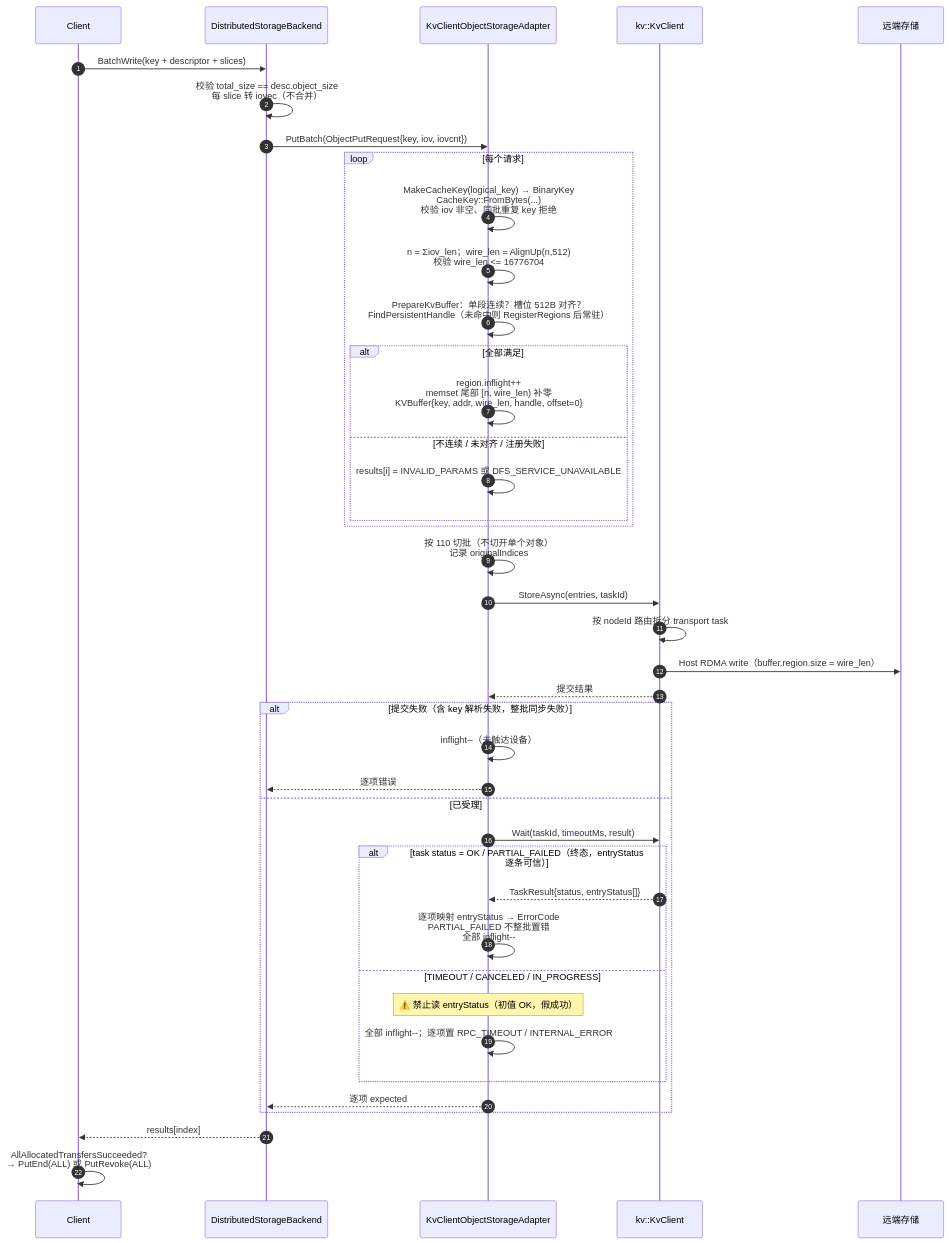
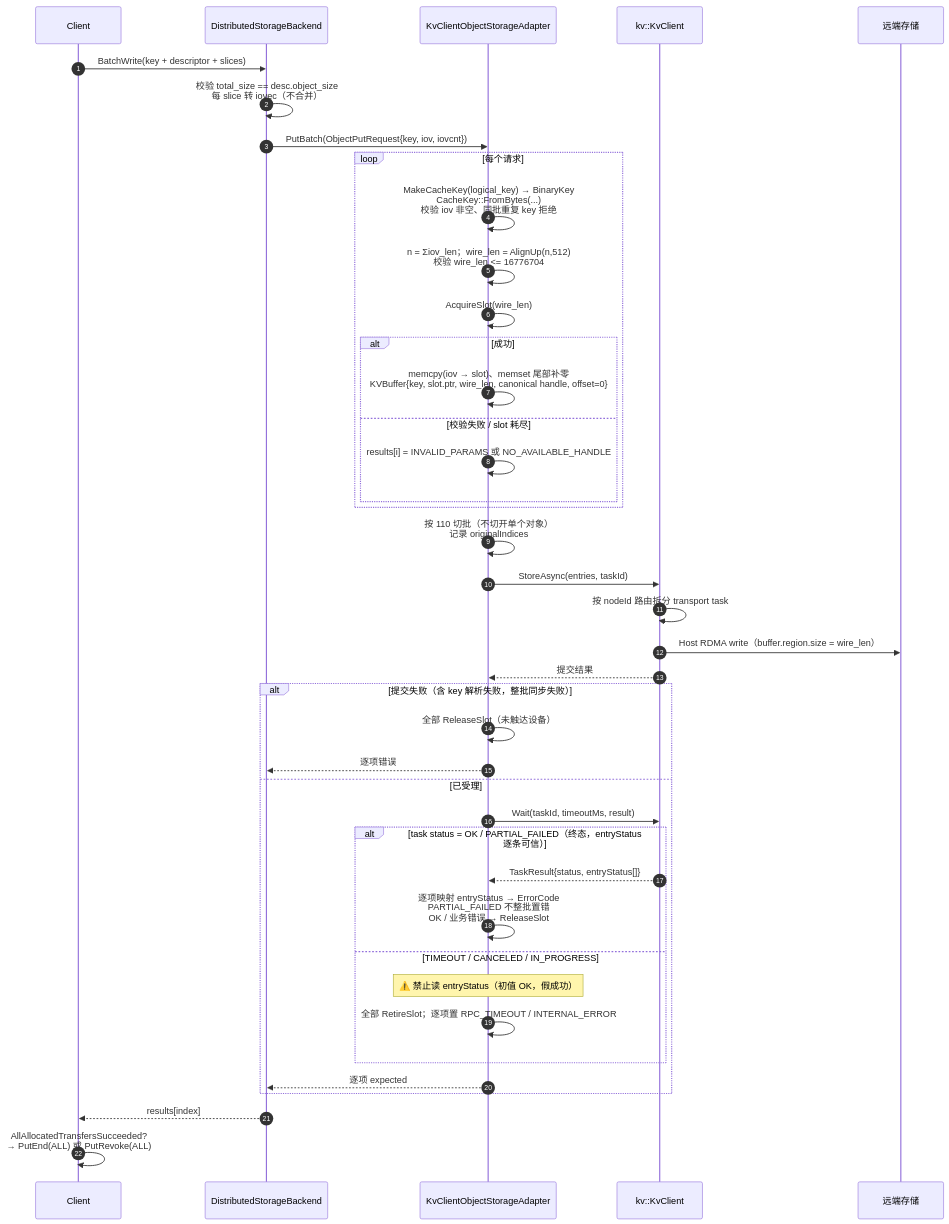
The ninth of 13 diagrams in Mooncake + KVClient L3 接入（Kvcs）- v3.md (zwj20000328-dotcom/Mooncake-documents), drawn with Mermaid before and after one commit. The commit also changed other lines of this file, not shown here.

````diff
--- a/Mooncake + KVClient L3 接入（Kvcs）- v3.md
+++ b/Mooncake + KVClient L3 接入（Kvcs）- v3.md
@@ -585,44 +586,44 @@
 ```mermaid
 sequenceDiagram
     autonumber
     participant C as Client
     participant BE as DistributedStorageBackend
     participant AD as KvClientObjectStorageAdapter
     participant SDK as kv::KvClient
     participant S as 远端存储
 
     C->>BE: BatchWrite(key + descriptor + slices)
     BE->>BE: 校验 total_size == desc.object_size<br/>每 slice 转 iovec（不合并）
     BE->>AD: PutBatch(ObjectPutRequest{key, iov, iovcnt})
     loop 每个请求
         AD->>AD: MakeCacheKey(logical_key) → BinaryKey<br/>CacheKey::FromBytes(...)<br/>校验 iov 非空、同批重复 key 拒绝
         AD->>AD: n = Σiov_len；wire_len = AlignUp(n,512)<br/>校验 wire_len <= 16776704
-        AD->>AD: PrepareKvBuffer：单段连续？槽位 512B 对齐？<br/>FindPersistentHandle（未命中则 RegisterRegions 后常驻）
-        alt 全部满足
-            AD->>AD: region.inflight++<br/>memset 尾部 [n, wire_len) 补零<br/>KVBuffer{key, addr, wire_len, handle, offset=0}
-        else 不连续 / 未对齐 / 注册失败
-            AD->>AD: results[i] = INVALID_PARAMS 或 DFS_SERVICE_UNAVAILABLE
+        AD->>AD: AcquireSlot(wire_len)
+        alt 成功
+            AD->>AD: memcpy(iov → slot)、memset 尾部补零<br/>KVBuffer{key, slot.ptr, wire_len, canonical handle, offset=0}
+        else 校验失败 / slot 耗尽
+            AD->>AD: results[i] = INVALID_PARAMS 或 NO_AVAILABLE_HANDLE
         end
     end
     AD->>AD: 按 110 切批（不切开单个对象）<br/>记录 originalIndices
     AD->>SDK: StoreAsync(entries, taskId)
     SDK->>SDK: 按 nodeId 路由拆分 transport task
     SDK->>S: Host RDMA write（buffer.region.size = wire_len）
     SDK-->>AD: 提交结果
     alt 提交失败（含 key 解析失败，整批同步失败）
-        AD->>AD: inflight--（未触达设备）
+        AD->>AD: 全部 ReleaseSlot（未触达设备）
         AD-->>BE: 逐项错误
     else 已受理
         AD->>SDK: Wait(taskId, timeoutMs, result)
         alt task status = OK / PARTIAL_FAILED（终态，entryStatus 逐条可信）
             SDK-->>AD: TaskResult{status, entryStatus[]}
-            AD->>AD: 逐项映射 entryStatus → ErrorCode<br/>PARTIAL_FAILED 不整批置错<br/>全部 inflight--
+            AD->>AD: 逐项映射 entryStatus → ErrorCode<br/>PARTIAL_FAILED 不整批置错<br/>OK / 业务错误 → ReleaseSlot
         else TIMEOUT / CANCELED / IN_PROGRESS
             Note over AD: ⚠️ 禁止读 entryStatus（初值 OK，假成功）
-            AD->>AD: 全部 inflight--；逐项置 RPC_TIMEOUT / INTERNAL_ERROR
+            AD->>AD: 全部 RetireSlot；逐项置 RPC_TIMEOUT / INTERNAL_ERROR
         end
         AD-->>BE: 逐项 expected
     end
     BE-->>C: results[index]
     C->>C: AllAllocatedTransfersSucceeded?<br/>→ PutEnd(ALL) 或 PutRevoke(ALL)
 ```
````
